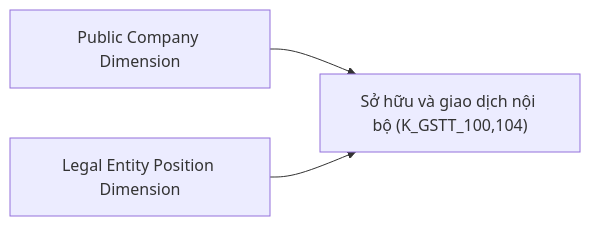
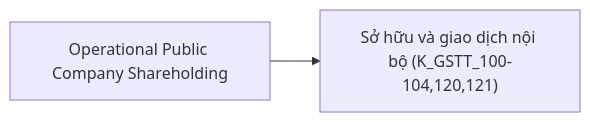
One commit to linhlvit/ubck_atomic_design changed diagram 40 of 45 in Datamart/hld/DTM_GSTT_HLD.md. Above: the diagram before and after it, drawn with Mermaid. The commit also changed other lines of this file and 8 other files, not shown here.

Commit message:
feat(gstt): them opr_public_company_shareholding (nhom 5 co dong), cap nhat HLD/LLD/flat table va dong bo master registry

````diff
--- a/Datamart/hld/DTM_GSTT_HLD.md
+++ b/Datamart/hld/DTM_GSTT_HLD.md
@@ -2139,5 +2153,4 @@
 ```mermaid
 flowchart LR
-    D1["Public Company Dimension"] --> RPT45["Sở hữu và giao dịch nội bộ (K_GSTT_100,104)"]
-    D2["Legal Entity Position Dimension"] --> RPT45
+    O1["Operational Public Company Shareholding"] --> RPT45["Sở hữu và giao dịch nội bộ (K_GSTT_100-104,120,121)"]
 ```
````
